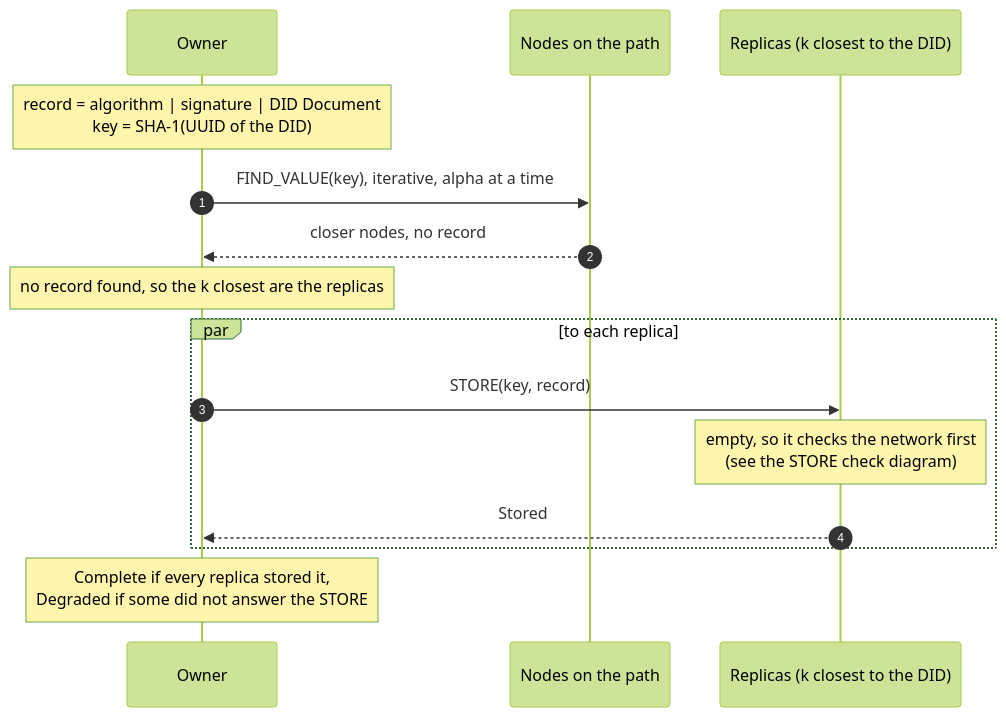
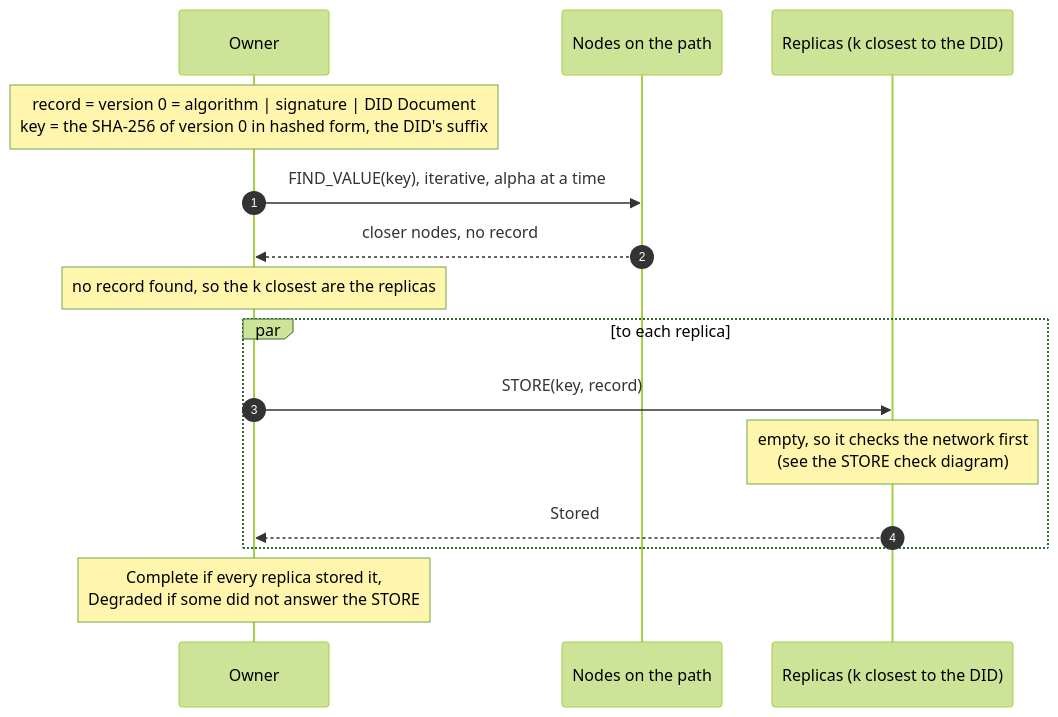
Before and after one commit to fratrung/auth-kademlia-rs: the diagram in docs/design/publish.mmd, drawn with Mermaid (forest theme). The commit also changed 18 other files, not shown here.

```diff
--- a/docs/design/publish.mmd
+++ b/docs/design/publish.mmd
@@ -1,15 +1,15 @@
 sequenceDiagram
     autonumber
     participant O as Owner
     participant N as Nodes on the path
     participant R as Replicas (k closest to the DID)
-    Note over O: record = algorithm | signature | DID Document<br/>key = SHA-1(UUID of the DID)
+    Note over O: record = version 0 = algorithm | signature | DID Document<br/>key = the SHA-256 of version 0 in hashed form, the DID's suffix
     O->>N: FIND_VALUE(key), iterative, alpha at a time
     N-->>O: closer nodes, no record
     Note over O: no record found, so the k closest are the replicas
     par to each replica
         O->>R: STORE(key, record)
         Note over R: empty, so it checks the network first<br/>(see the STORE check diagram)
         R-->>O: Stored
     end
     Note over O: Complete if every replica stored it,<br/>Degraded if some did not answer the STORE
```
